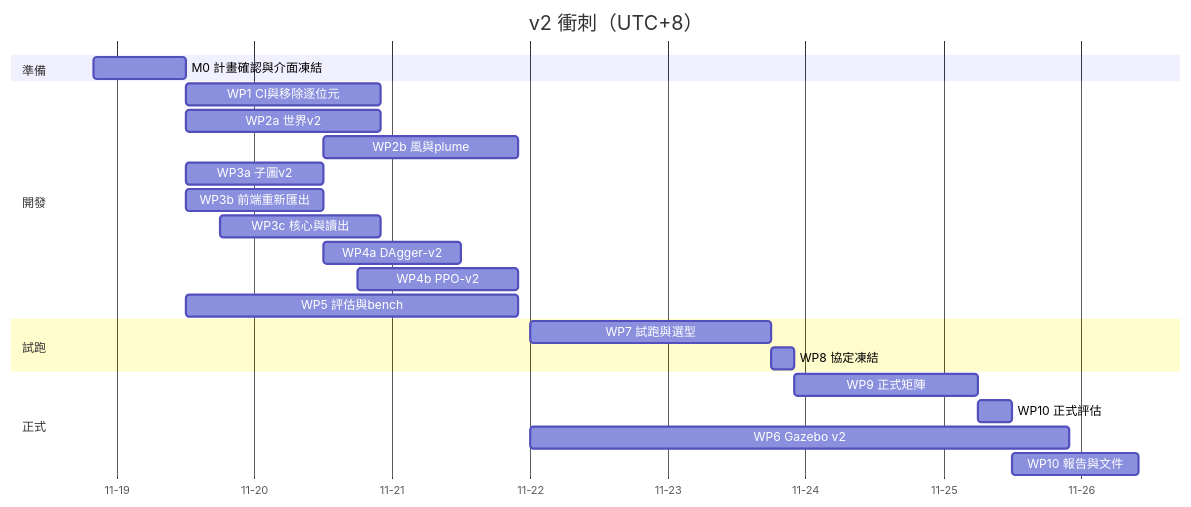
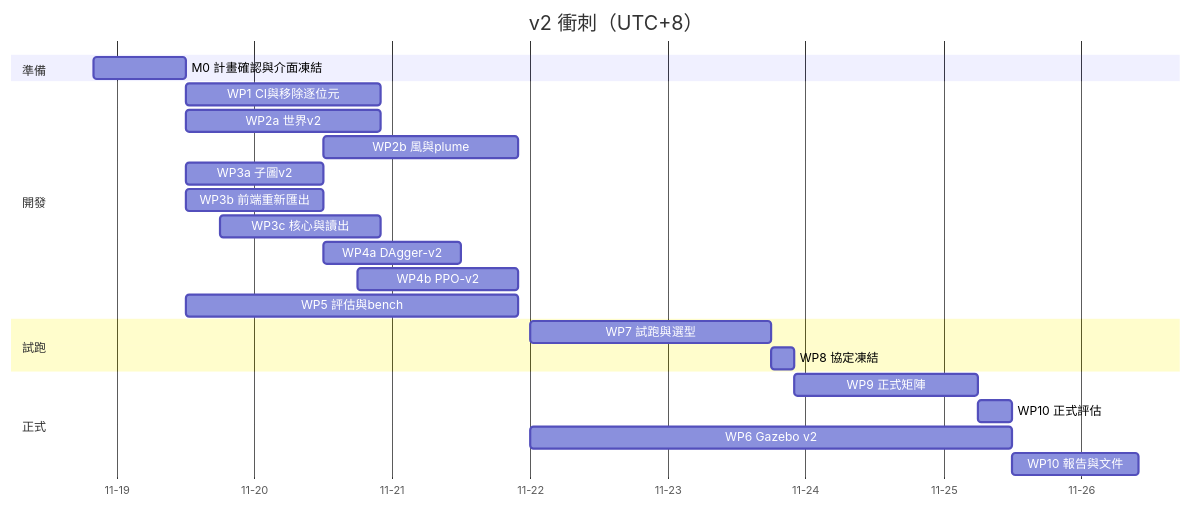
One commit to Nues0913/Drosophila_Tracking_System changed the second of 2 diagrams in docs/v2/大實驗計劃書.md. Above: the diagram before and after it, drawn with Mermaid. The commit also changed other lines of this file, not shown here.

````diff
--- a/docs/v2/大實驗計劃書.md
+++ b/docs/v2/大實驗計劃書.md
@@ -833,26 +849,26 @@
 ```mermaid
 gantt
   title v2 衝刺（UTC+8）
   dateFormat YYYY-MM-DD HH:mm
   axisFormat %m-%d
   section 準備
   M0 計畫確認與介面凍結 :m0, 2026-11-18 20:00, 2026-11-19 12:00
   section 開發
   WP1 CI與移除逐位元 :wp1, 2026-11-19 12:00, 2026-11-20 22:00
   WP2a 世界v2 :wp2a, 2026-11-19 12:00, 2026-11-20 22:00
   WP2b 風與plume :wp2b, 2026-11-20 12:00, 2026-11-21 22:00
   WP3a 子圖v2 :wp3a, 2026-11-19 12:00, 2026-11-20 12:00
   WP3b 前端重新匯出 :wp3b, 2026-11-19 12:00, 2026-11-20 12:00
   WP3c 核心與讀出 :wp3c, 2026-11-19 18:00, 2026-11-20 22:00
   WP4a DAgger-v2 :wp4a, 2026-11-20 12:00, 2026-11-21 12:00
   WP4b PPO-v2 :wp4b, 2026-11-20 18:00, 2026-11-21 22:00
   WP5 評估與bench :wp5, 2026-11-19 12:00, 2026-11-21 22:00
   section 試跑
   WP7 試跑與選型 :wp7, 2026-11-22 00:00, 2026-11-23 18:00
   WP8 協定凍結 :wp8, 2026-11-23 18:00, 2026-11-23 22:00
   section 正式
   WP9 正式矩陣 :wp9, 2026-11-23 22:00, 2026-11-25 06:00
   WP10 正式評估 :wp10a, 2026-11-25 06:00, 2026-11-25 12:00
-  WP6 Gazebo v2 :wp6, 2026-11-22 00:00, 2026-11-25 22:00
+  WP6 Gazebo v2 :wp6, 2026-11-22 00:00, 2026-11-25 12:00
   WP10 報告與文件 :wp10b, 2026-11-25 12:00, 2026-11-26 10:00
 ```
````
